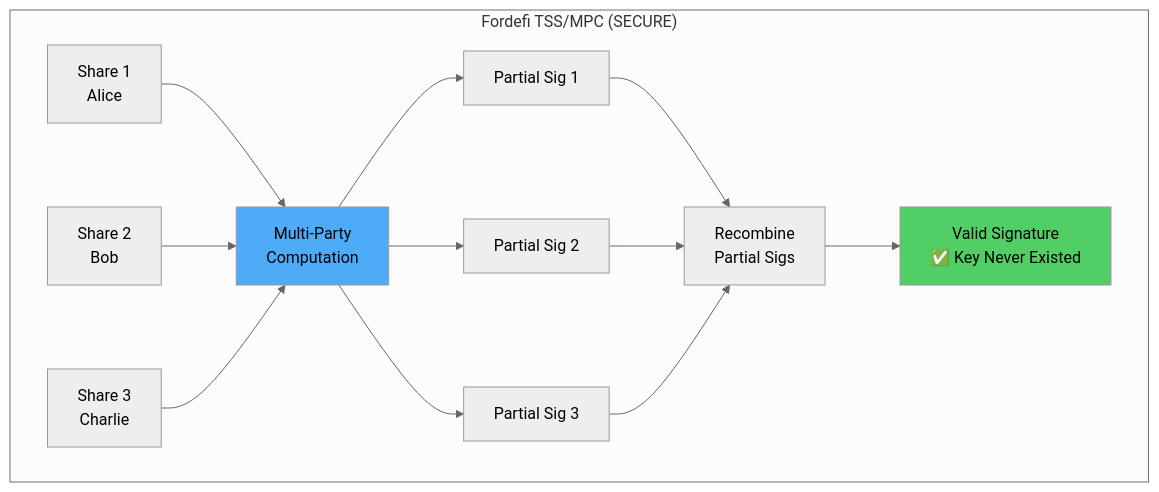
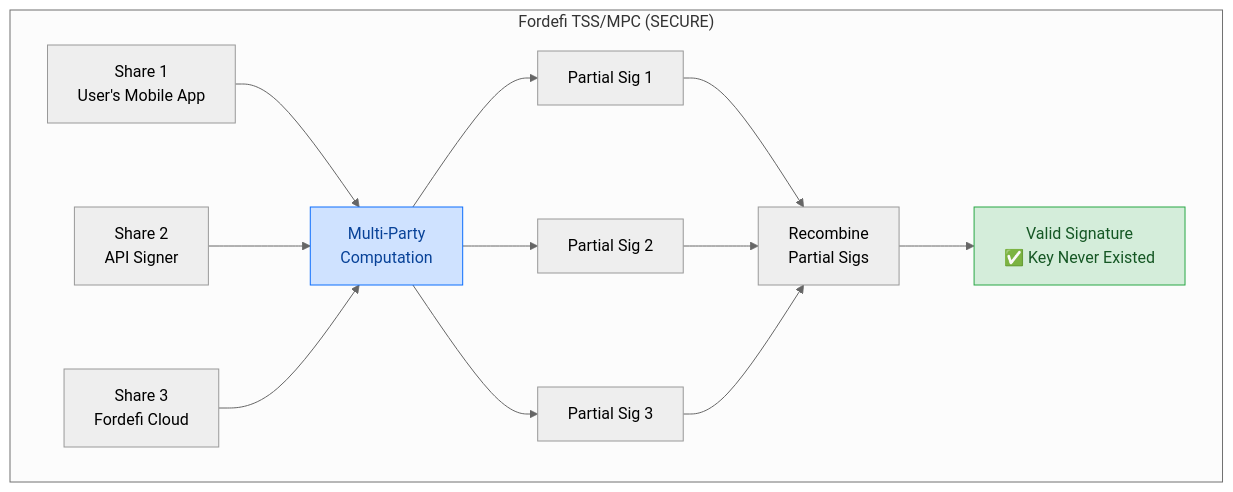
The second of 2 diagrams in README.md (seedfourtytwo/fordefi), drawn with Mermaid (neutral theme) before and after one commit. The commit also changed 1 other file, not shown here.

Commit message:
Update TSS diagram with real share types and improve color contrast

````diff
--- a/README.md
+++ b/README.md
@@ -140,18 +140,18 @@
 ```mermaid
 graph TB
     subgraph "Fordefi TSS/MPC (SECURE)"
-        B1[Share 1<br/>Alice] --> MPC[Multi-Party<br/>Computation]
-        B2[Share 2<br/>Bob] --> MPC
-        B3[Share 3<br/>Charlie] --> MPC
+        B1[Share 1<br/>User's Mobile App] --> MPC[Multi-Party<br/>Computation]
+        B2[Share 2<br/>API Signer] --> MPC
+        B3[Share 3<br/>Fordefi Cloud] --> MPC
         MPC --> Partial1[Partial Sig 1]
         MPC --> Partial2[Partial Sig 2]
         MPC --> Partial3[Partial Sig 3]
         Partial1 --> Combine2[Recombine<br/>Partial Sigs]
         Partial2 --> Combine2
         Partial3 --> Combine2
         Combine2 --> Sig2[Valid Signature<br/>✅ Key Never Existed]
     end
     
-    style Sig2 fill:#51cf66
-    style MPC fill:#4dabf7
+    style Sig2 fill:#d4edda,stroke:#28a745,color:#155724
+    style MPC fill:#cfe2ff,stroke:#0d6efd,color:#084298
 ```
````
